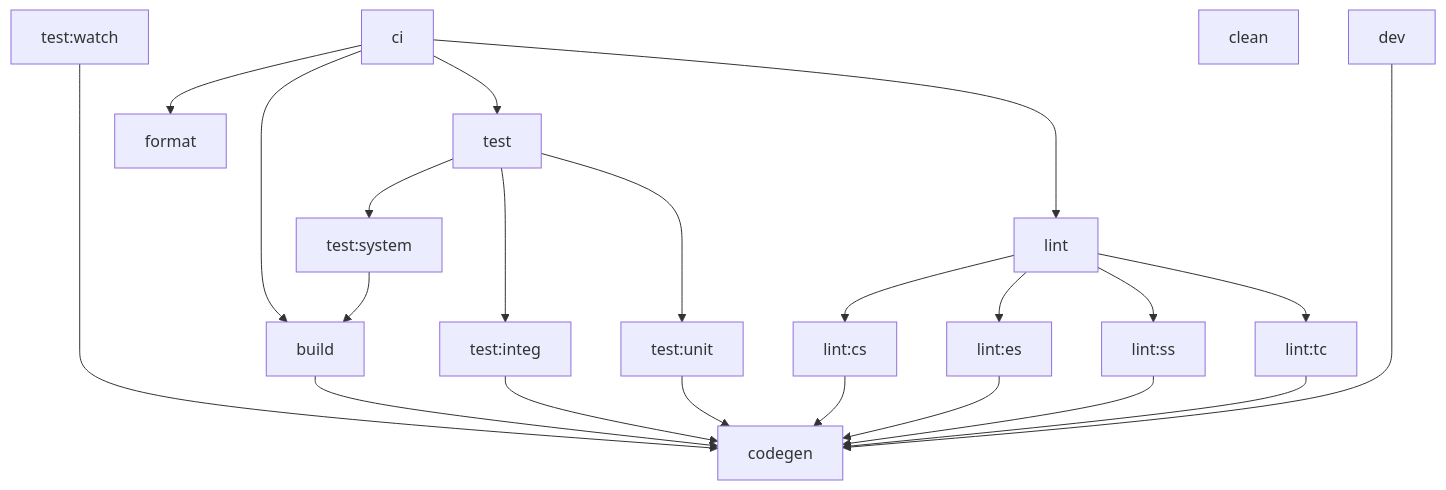
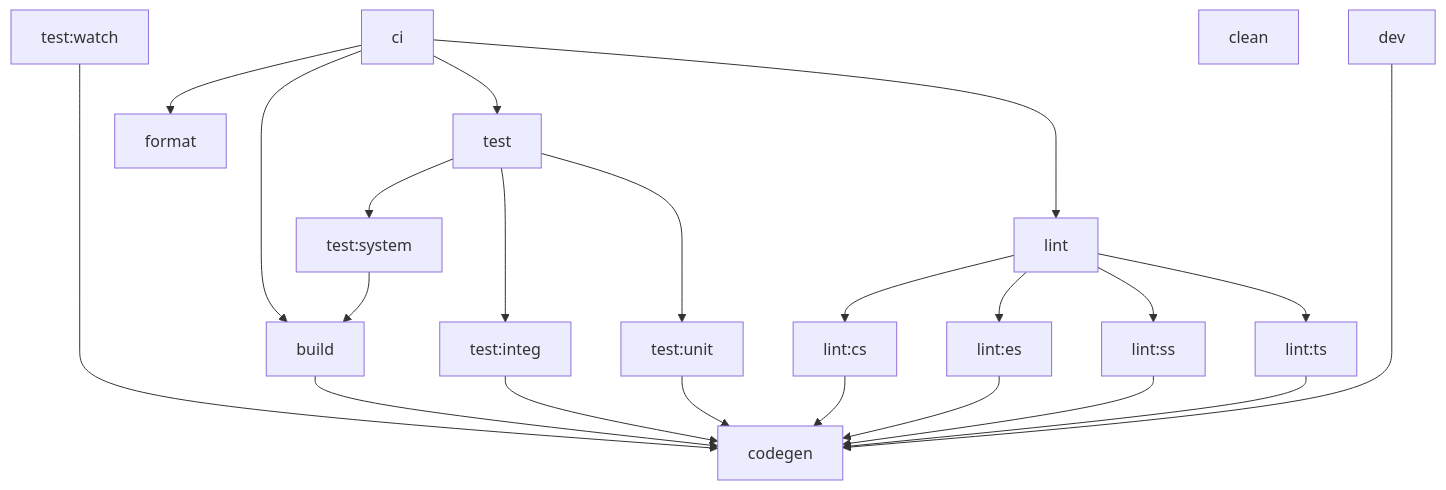
Before and after one commit to connorjs/nx-polyglot-example: the second of 2 diagrams in README.md, drawn with Mermaid. The commit also changed other lines of this file and 9 other files, not shown here.

````diff
--- a/README.md
+++ b/README.md
@@ -135,30 +135,30 @@
 ```mermaid
 graph TD;
     test:watch -----> codegen
   
     ci --> build
     ci --> test
     ci --> format
     ci --> lint
     
     build --> codegen
     
     test --> test:system
     test --> test:integ
     test --> test:unit
     test:system --> build
     test:integ --> codegen
     test:unit --> codegen
     
     lint --> lint:cs
     lint --> lint:es
     lint --> lint:ss
-    lint --> lint:tc
+    lint --> lint:ts
     lint:cs --> codegen
     lint:es --> codegen
     lint:ss --> codegen
-    lint:tc --> codegen
+    lint:ts --> codegen
     
     clean
     dev -----> codegen
 ```
````
